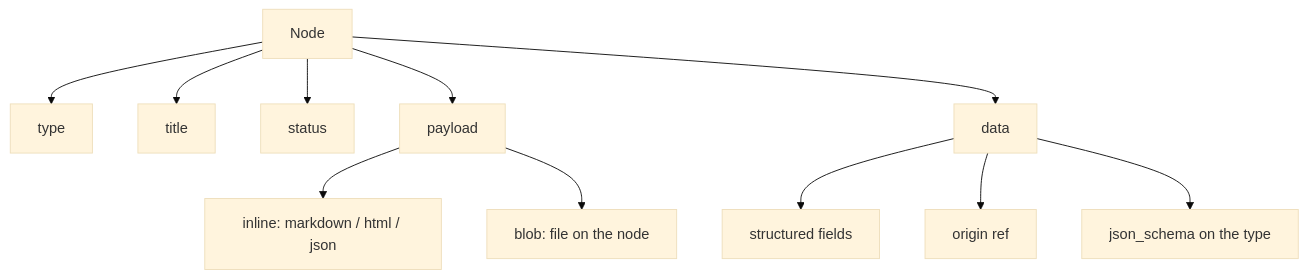
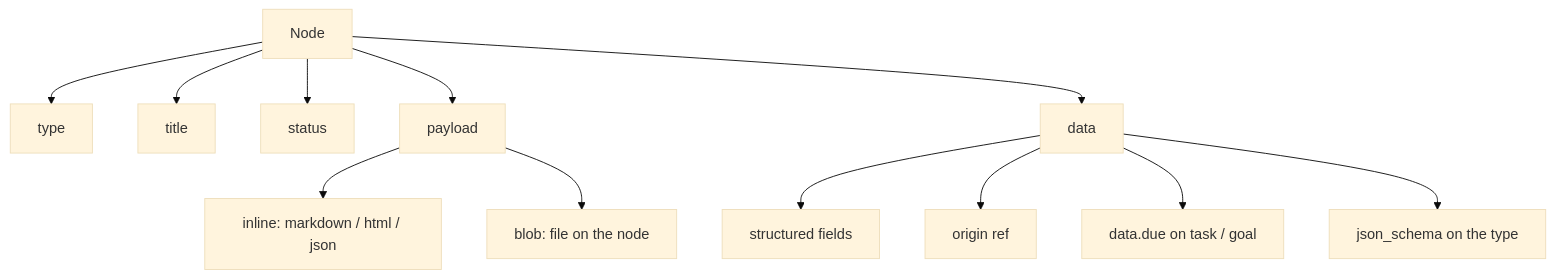
The third of 10 diagrams in docs/ARCHITECTURE.md (dgraziosi/foundation), drawn with Mermaid (base theme) before and after one commit. The commit also changed other lines of this file and 19 other files, not shown here.

First line of the commit message:
feat: optional data.due on task/goal and search due filters

````diff
--- a/docs/ARCHITECTURE.md
+++ b/docs/ARCHITECTURE.md
@@ -64,16 +64,17 @@
 ```mermaid
 flowchart TB
   node_box["Node"]
   node_box --> node_type["type"]
   node_box --> node_title["title"]
   node_box --> node_status["status"]
   node_box --> node_payload["payload"]
   node_box --> node_data["data"]
 
   node_payload --> inline["inline: markdown / html / json"]
   node_payload --> blob_on_node["blob: file on the node"]
 
   node_data --> structured["structured fields"]
   node_data --> origin["origin ref"]
+  node_data --> due["data.due on task / goal"]
   node_data --> schema["json_schema on the type"]
 ```
````
